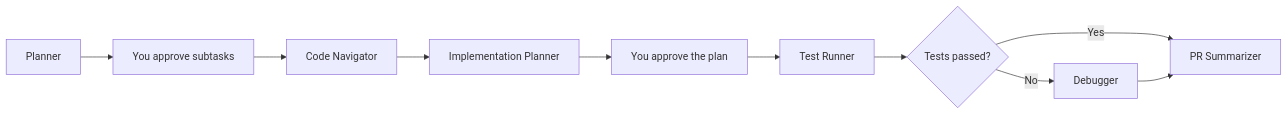
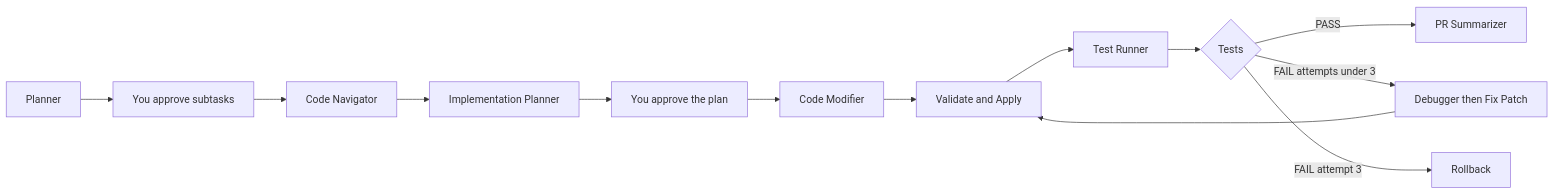
Before and after one commit to Souravmane3000/Prism: the first of 2 diagrams in README.md, drawn with Mermaid. The commit also changed other lines of this file and 59 other files, not shown here.

````diff
--- a/README.md
+++ b/README.md
@@ -59,12 +60,15 @@
 ```mermaid
 flowchart LR
   A[Planner] --> H1[You approve subtasks]
   H1 --> B[Code Navigator]
   B --> C[Implementation Planner]
   C --> H2[You approve the plan]
-  H2 --> D[Test Runner]
-  D --> R{Tests passed?}
-  R -->|No| E[Debugger]
-  R -->|Yes| F[PR Summarizer]
-  E --> F
+  H2 --> CM[Code Modifier]
+  CM --> V[Validate and Apply]
+  V --> D[Test Runner]
+  D --> R{Tests}
+  R -->|PASS| F[PR Summarizer]
+  R -->|FAIL attempts under 3| E[Debugger then Fix Patch]
+  E --> V
+  R -->|FAIL attempt 3| RB[Rollback]
 ```
````
